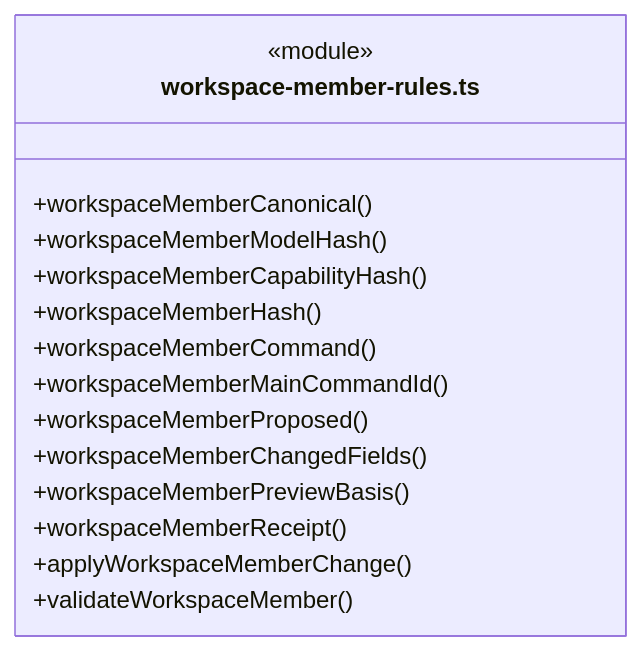
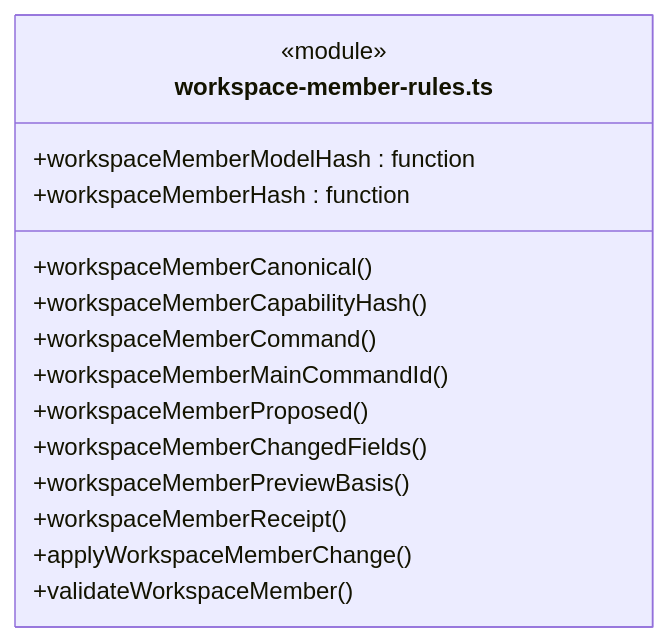
One commit to nan023062/cbim changed diagram 21 of 34 in src/logic/team/rules/ARCHITECTURE.md. Above: the diagram before and after it, drawn with Mermaid. The commit also changed other lines of this file and 137 other files, not shown here.

Commit message:
fix: align architecture generator with documentation standards

````diff
--- a/src/logic/team/rules/ARCHITECTURE.md
+++ b/src/logic/team/rules/ARCHITECTURE.md
@@ -774,18 +796,18 @@
 ```mermaid
 classDiagram
 class N_src_logic_team_rules_workspace_member_rules_ts["workspace-member-rules.ts"] {
   <<module>>
   +workspaceMemberCanonical()
-  +workspaceMemberModelHash()
   +workspaceMemberCapabilityHash()
-  +workspaceMemberHash()
   +workspaceMemberCommand()
   +workspaceMemberMainCommandId()
   +workspaceMemberProposed()
   +workspaceMemberChangedFields()
   +workspaceMemberPreviewBasis()
   +workspaceMemberReceipt()
   +applyWorkspaceMemberChange()
   +validateWorkspaceMember()
+  +workspaceMemberModelHash : function
+  +workspaceMemberHash : function
 }
 ```
````
